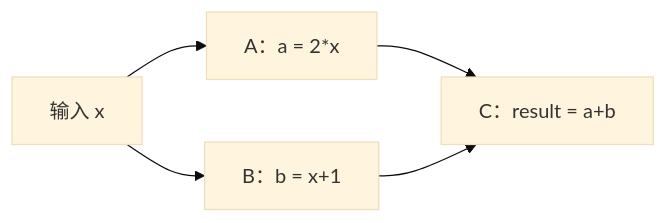
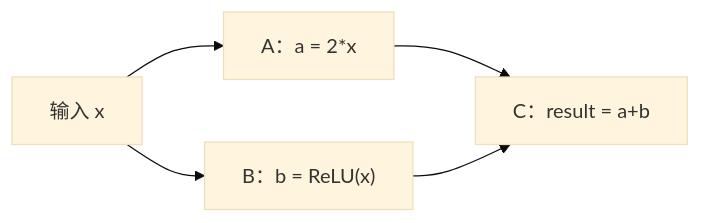
One commit to yzyz-ch/cudaGraph_learnning changed the first of 2 diagrams in step2.md. Above: the diagram before and after it, drawn with Mermaid (base theme). The commit also changed other lines of this file and 4 other files, not shown here.

````diff
--- a/step2.md
+++ b/step2.md
@@ -199,7 +199,7 @@
 ```mermaid
 flowchart LR
     X["输入 x"] --> A["A：a = 2*x"]
-    X --> B["B：b = x+1"]
+    X --> B["B：b = ReLU(x)"]
     A --> C["C：result = a+b"]
     B --> C
 ```
````
